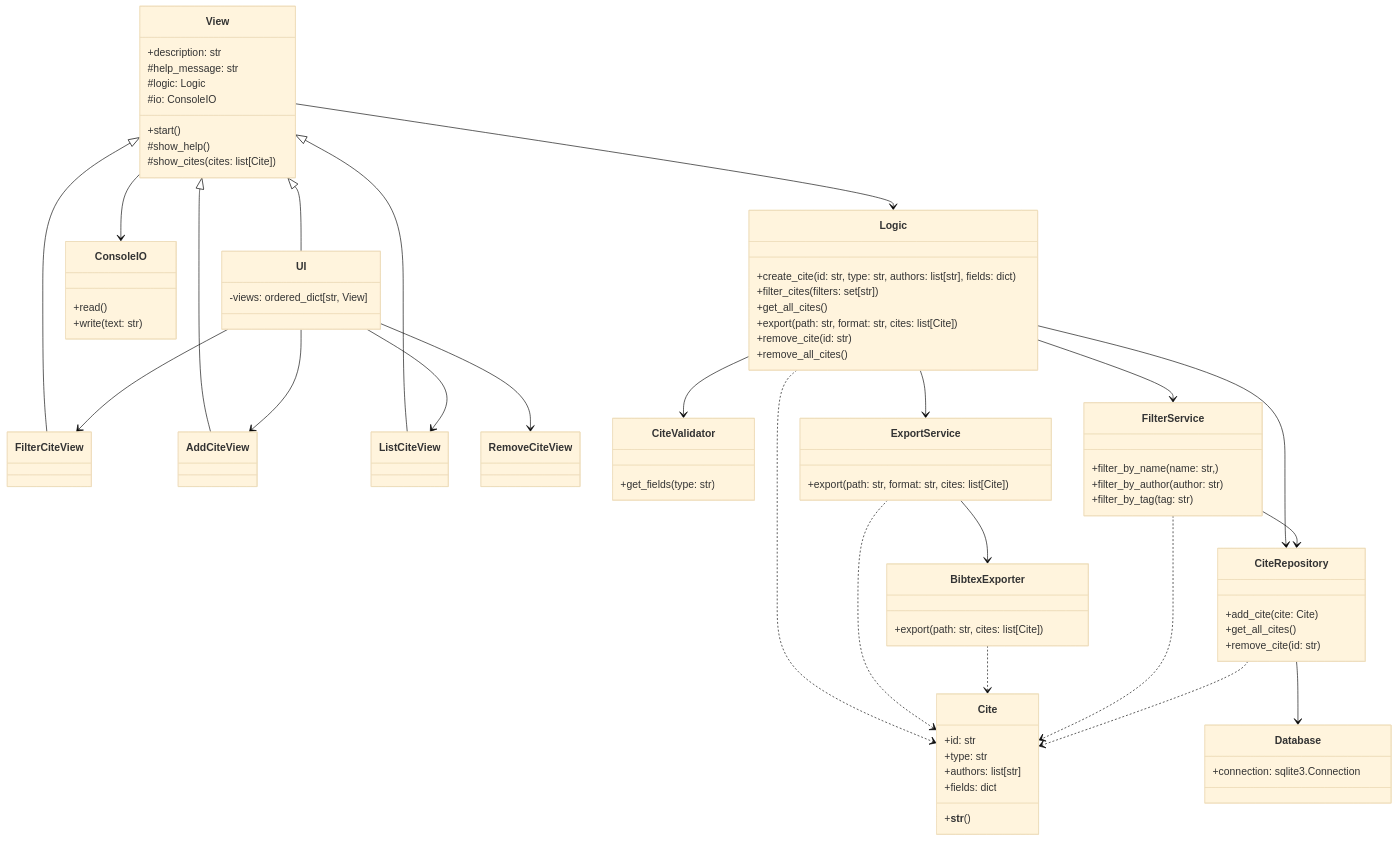
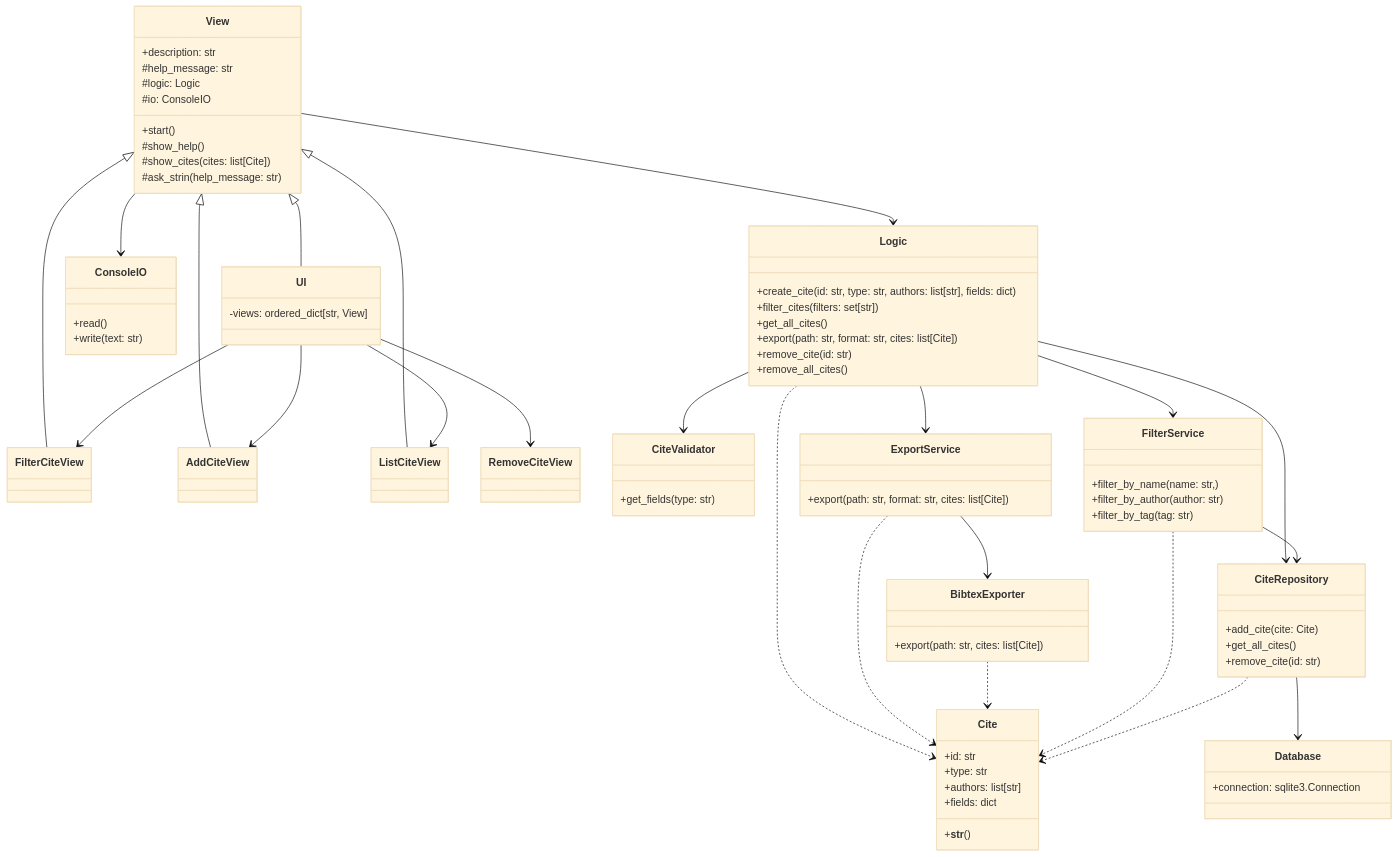
The second of 2 diagrams in docs/arkkitehtuuri.md (TheJiahao/ohtu-miniprojekti), drawn with Mermaid (base theme) before and after one commit. The commit also changed 1 other file, not shown here.

Commit message:
Add ask_string

```diff
--- a/docs/arkkitehtuuri.md
+++ b/docs/arkkitehtuuri.md
@@ -66,6 +66,7 @@
     +start()
     #show_help()
     #show_cites(cites: list[Cite])
+    #ask_strin(help_message: str)
 }
 
 class UI {
```
